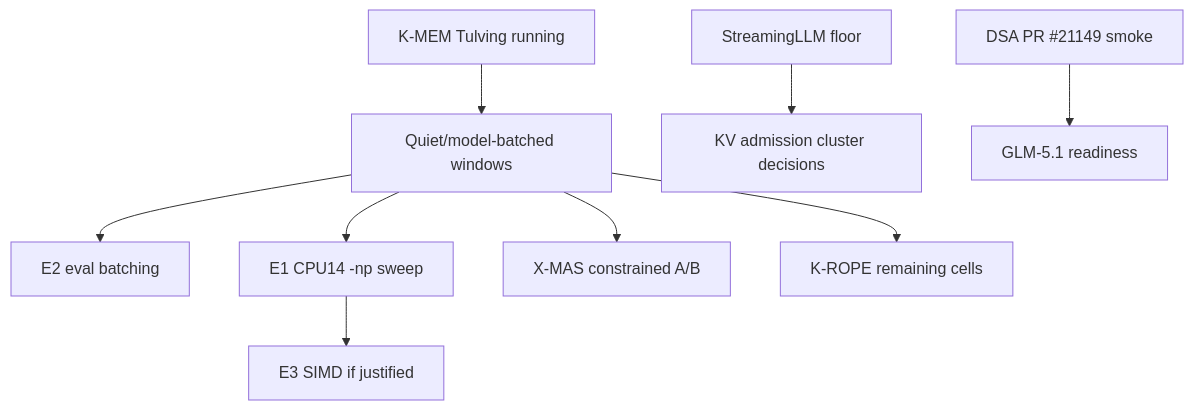
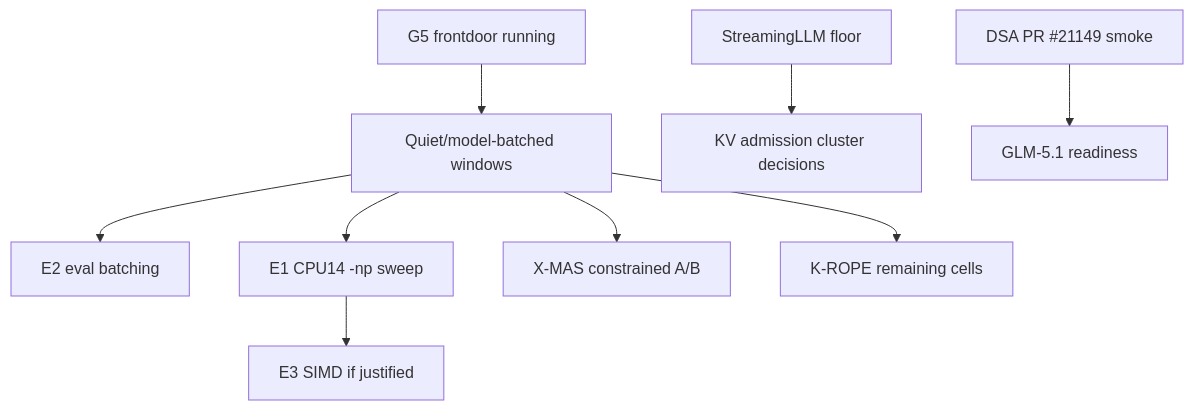
The diagram in handoffs/active/inference-acceleration-index.md (pestopoppa/epyc-root), drawn with Mermaid before and after one commit. The commit also changed other lines of this file and 11 other files, not shown here.

Commit message:
Record corrected K-MEM Tulving score

````diff
--- a/handoffs/active/inference-acceleration-index.md
+++ b/handoffs/active/inference-acceleration-index.md
@@ -43,11 +43,11 @@
 ```mermaid
 flowchart TD
-    KMem[K-MEM Tulving running] --> Quiet[Quiet/model-batched windows]
+    G5[G5 frontdoor running] --> Quiet[Quiet/model-batched windows]
     Quiet --> E2[E2 eval batching]
     Quiet --> E1[E1 CPU14 -np sweep]
     E1 --> E3[E3 SIMD if justified]
     Quiet --> Xmas[X-MAS constrained A/B]
     Quiet --> KROPE[K-ROPE remaining cells]
     Streaming[StreamingLLM floor] --> KVCluster[KV admission cluster decisions]
     DSA[DSA PR #21149 smoke] --> GLM[GLM-5.1 readiness]
 ```
````
